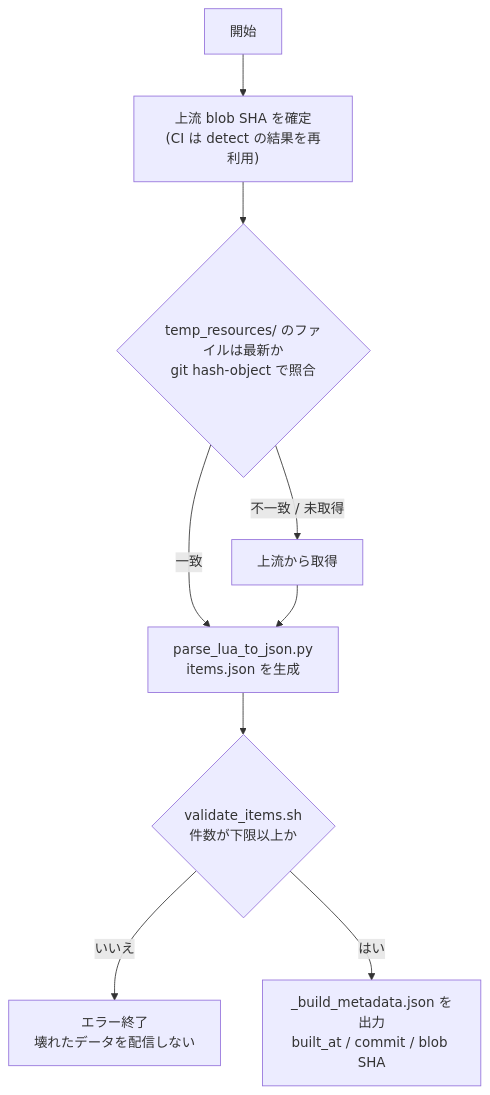
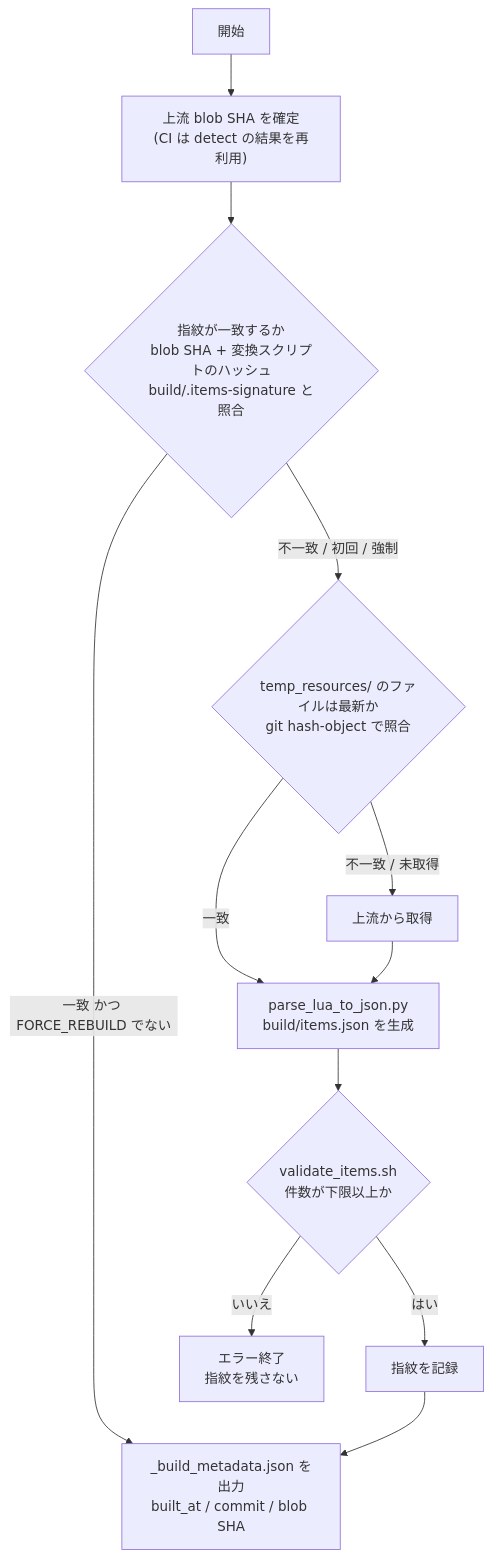
The third of 3 diagrams in docs/adr/0003-items-json-generated-in-ci.md (Maru0137/ff11sim), drawn with Mermaid before and after one commit. The commit also changed other lines of this file and 6 other files, not shown here.

````diff
--- a/docs/adr/0003-items-json-generated-in-ci.md
+++ b/docs/adr/0003-items-json-generated-in-ci.md
@@ -143,11 +157,16 @@
 ```mermaid
 flowchart TD
     S["開始"] --> B["上流 blob SHA を確定<br/>(CI は detect の結果を再利用)"]
-    B --> C{"temp_resources/ のファイルは最新か<br/>git hash-object で照合"}
+    B --> SIG{"指紋が一致するか<br/>blob SHA + 変換スクリプトのハッシュ<br/>build/.items-signature と照合"}
+    SIG -->|"一致 かつ FORCE_REBUILD でない"| M
+    SIG -->|"不一致 / 初回 / 強制"| C
+
+    C{"temp_resources/ のファイルは最新か<br/>git hash-object で照合"}
     C -->|"一致"| P
     C -->|"不一致 / 未取得"| D["上流から取得"]
-    D --> P["parse_lua_to_json.py<br/>items.json を生成"]
+    D --> P["parse_lua_to_json.py<br/>build/items.json を生成"]
     P --> V{"validate_items.sh<br/>件数が下限以上か"}
-    V -->|"いいえ"| X["エラー終了<br/>壊れたデータを配信しない"]
-    V -->|"はい"| M["_build_metadata.json を出力<br/>built_at / commit / blob SHA"]
+    V -->|"いいえ"| X["エラー終了<br/>指紋を残さない"]
+    V -->|"はい"| W["指紋を記録"]
+    W --> M["_build_metadata.json を出力<br/>built_at / commit / blob SHA"]
 ```
````
